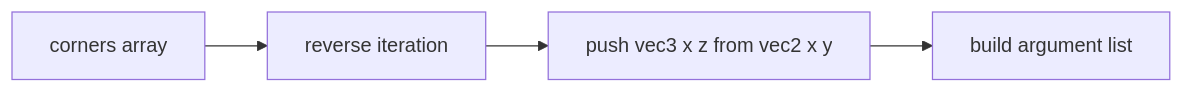
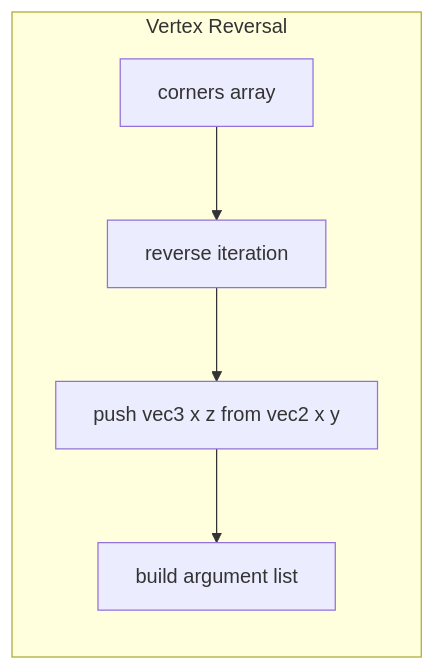
Before and after one commit to Gh0st352/AETHR: the third of 5 diagrams in docs/markers/polygons.md, drawn with Mermaid. The commit also changed other lines of this file and 4 other files, not shown here.

First line of the commit message:
docs(markers): reorganize Mermaid diagrams into subgraphs

````diff
--- a/docs/markers/polygons.md
+++ b/docs/markers/polygons.md
@@ -46,6 +58,12 @@
 ```mermaid
+%% shared theme: docs/_mermaid/theme.json %%
 flowchart LR
-  IN[corners array] --> REV[reverse iteration]
-  REV --> V3[push vec3 x z from vec2 x y]
-  V3 --> ARGS[build argument list]
+  subgraph "Vertex Reversal"
+    IN[corners array] --> REV[reverse iteration]
+    REV --> V3[push vec3 x z from vec2 x y]
+    V3 --> ARGS[build argument list]
+  end
+  class IN class_data;
+  class REV class_compute;
+  class V3,ARGS class_data;
 ```
````
